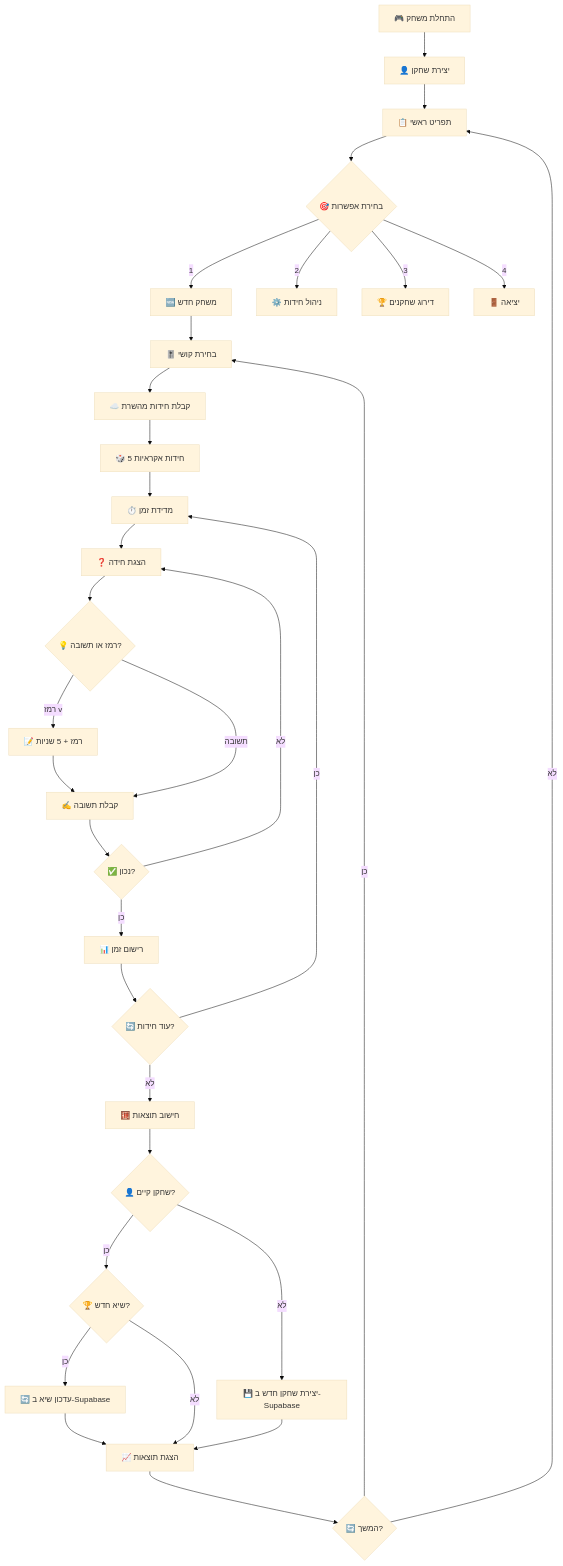
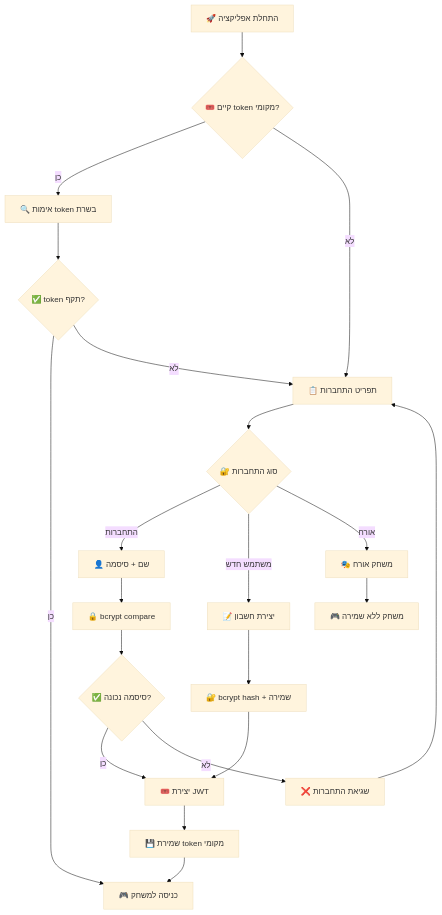
One commit to elazarmatan/riddles_project changed the diagram in README.md. Above: the diagram before and after it, drawn with Mermaid (base theme). The commit also changed other lines of this file, not shown here.

````diff
--- a/README.md
+++ b/README.md
@@ -267,43 +283,31 @@
 ```mermaid
 flowchart TD
-    A[🎮 התחלת משחק] --> B[👤 יצירת שחקן]
-    B --> C[📋 תפריט ראשי]
-    C --> D{🎯 בחירת אפשרות}
+    A[🚀 התחלת אפליקציה] --> B{🎟️ קיים token מקומי?}
     
-    D -->|1| E[🆕 משחק חדש]
-    D -->|2| F[⚙️ ניהול חידות]
-    D -->|3| G[🏆 דירוג שחקנים]
-    D -->|4| H[🚪 יציאה]
+    B -->|כן| C[🔍 אימות token בשרת]
+    B -->|לא| D[📋 תפריט התחברות]
     
-    E --> I[🎚️ בחירת קושי]
-    I --> J[☁️ קבלת חידות מהשרת]
-    J --> K[🎲 5 חידות אקראיות]
-    K --> L[⏱️ מדידת זמן]
-    L --> M[❓ הצגת חידה]
-    M --> N{💡 רמז או תשובה?}
+    C --> E{✅ token תקף?}
+    E -->|כן| F[🎮 כניסה למשחק]
+    E -->|לא| D
     
-    N -->|רמז v| O[📝 רמז + 5 שניות]
-    N -->|תשובה| P[✍️ קבלת תשובה]
-    O --> P
+    D --> G{🔐 סוג התחברות}
     
-    P --> Q{✅ נכון?}
-    Q -->|לא| M
-    Q -->|כן| R[📊 רישום זמן]
+    G -->|התחברות| H[👤 שם + סיסמה]
+    G -->|משתמש חדש| I[📝 יצירת חשבון]
+    G -->|אורח| J[🎭 משחק אורח]
     
-    R --> S{🔄 עוד חידות?}
-    S -->|כן| L
-    S -->|לא| T[🧮 חישוב תוצאות]
+    H --> K[🔒 bcrypt compare]
+    I --> L[🔐 bcrypt hash + שמירה]
     
-    T --> U{👤 שחקן קיים?}
-    U -->|כן| V{🏆 שיא חדש?}
-    U -->|לא| W[💾 יצירת שחקן חדש ב-Supabase]
+    K --> M{✅ סיסמה נכונה?}
+    M -->|כן| N[🎟️ יצירת JWT]
+    M -->|לא| O[❌ שגיאת התחברות]
     
-    V -->|כן| X[🔄 עדכון שיא ב-Supabase]
-    V -->|לא| Y[📈 הצגת תוצאות]
-    W --> Y
-    X --> Y
+    L --> N
+    N --> P[💾 שמירת token מקומי]
+    P --> F
     
-    Y --> Z{🔄 המשך?}
-    Z -->|כן| I
-    Z -->|לא| C
+    O --> D
+    J --> Q[🎮 משחק ללא שמירה]
 ```
````
